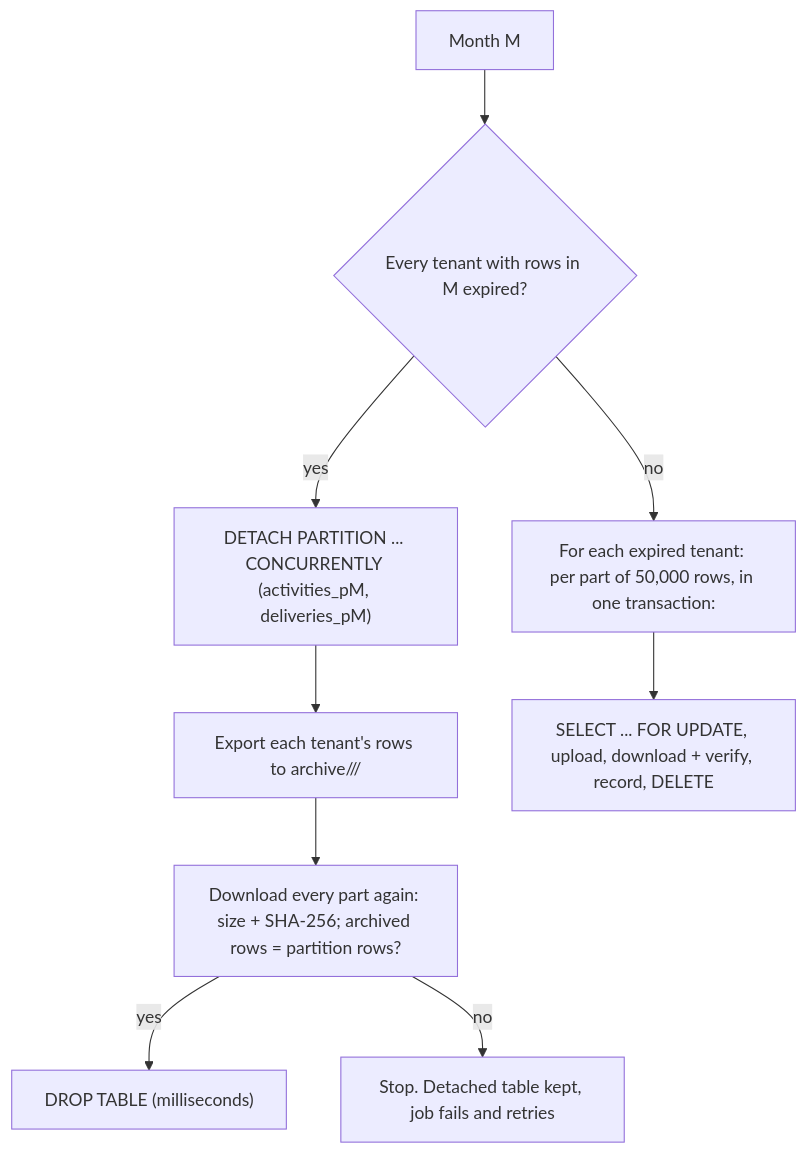
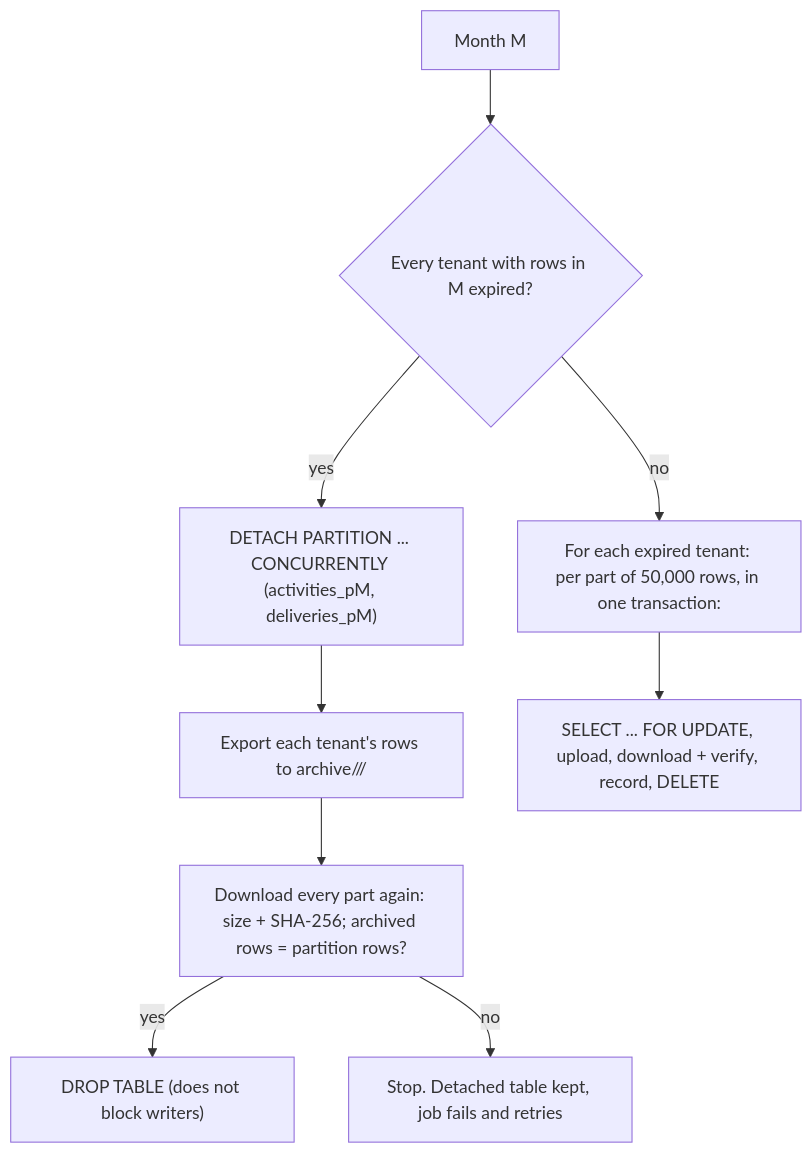
The diagram in docs/operations/retention.md (AimTune/converger), drawn with Mermaid before and after one commit. The commit also changed other lines of this file and 15 other files, not shown here.

````diff
--- a/docs/operations/retention.md
+++ b/docs/operations/retention.md
@@ -51,11 +51,11 @@
 ```mermaid
 flowchart TD
     A["Month M"] --> B{"Every tenant with rows in M expired?"}
     B -- yes --> C["DETACH PARTITION ... CONCURRENTLY (activities_pM, deliveries_pM)"]
     C --> D["Export each tenant's rows to archive/<tenant>/<YYYY-MM>/"]
     D --> E["Download every part again: size + SHA-256; archived rows = partition rows?"]
-    E -- yes --> F["DROP TABLE (milliseconds)"]
+    E -- yes --> F["DROP TABLE (does not block writers)"]
     E -- no --> G["Stop. Detached table kept, job fails and retries"]
     B -- no --> H["For each expired tenant: per part of 50,000 rows, in one transaction:"]
     H --> I["SELECT ... FOR UPDATE, upload, download + verify, record, DELETE"]
 ```
````
